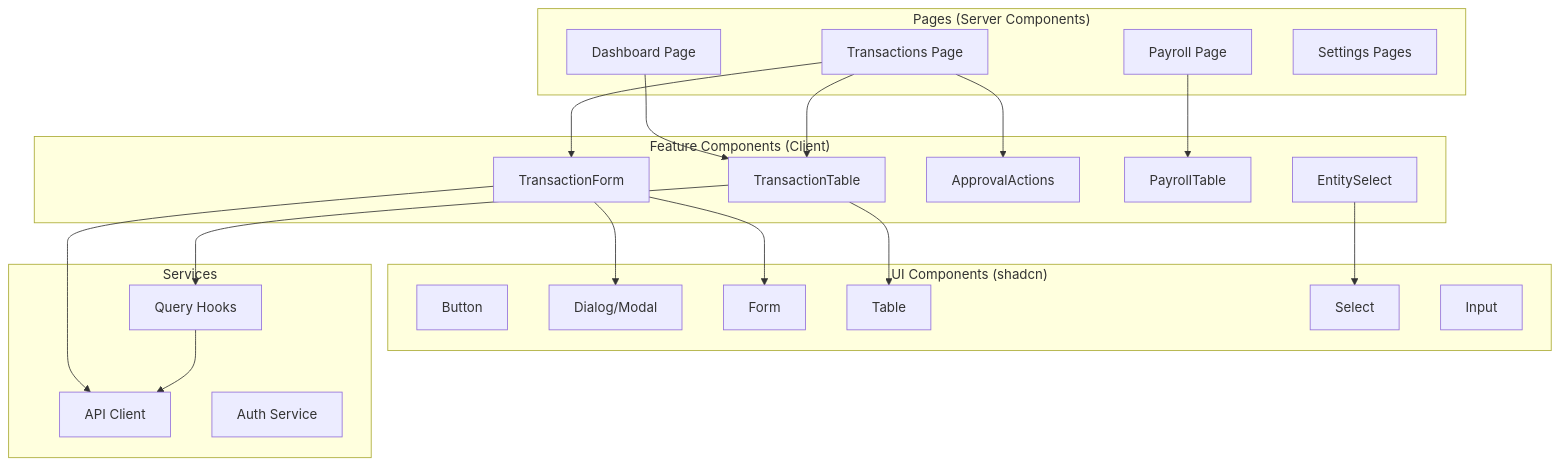
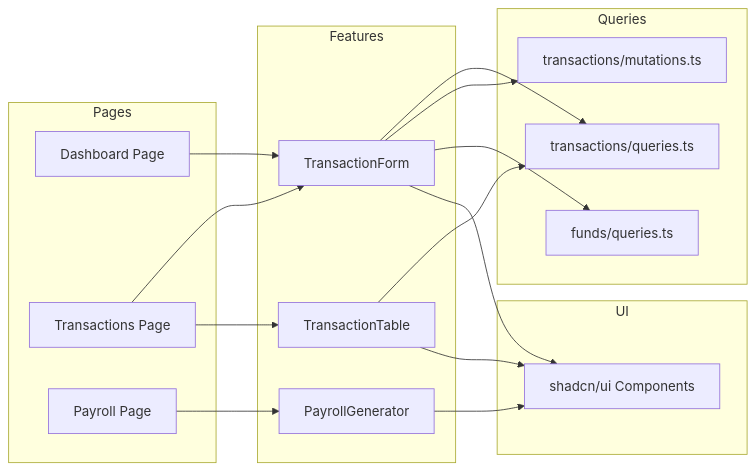
One commit to KhoaTran011604/BMAD-Lite. changed the second of 5 diagrams in docs/architecture.md. Above: the diagram before and after it, drawn with Mermaid. The commit also changed other lines of this file and 47 other files, not shown here.

````diff
--- a/docs/architecture.md
+++ b/docs/architecture.md
@@ -835,47 +572,36 @@
 ```mermaid
-graph TD
-    subgraph "Pages (Server Components)"
-        P1[Dashboard Page]
-        P2[Transactions Page]
-        P3[Payroll Page]
-        P4[Settings Pages]
+graph LR
+    subgraph Pages
+        A[Dashboard Page]
+        B[Transactions Page]
+        C[Payroll Page]
     end
 
-    subgraph "Feature Components (Client)"
-        F1[TransactionTable]
-        F2[TransactionForm]
-        F3[ApprovalActions]
-        F4[PayrollTable]
-        F5[EntitySelect]
+    subgraph Features
+        D[TransactionForm]
+        E[TransactionTable]
+        F[PayrollGenerator]
     end
 
-    subgraph "UI Components (shadcn)"
-        U1[Button]
-        U2[Dialog/Modal]
-        U3[Form]
-        U4[Table]
-        U5[Select]
-        U6[Input]
+    subgraph Queries
+        G[transactions/queries.ts]
+        H[transactions/mutations.ts]
+        I[funds/queries.ts]
     end
 
-    subgraph "Services"
-        S1[API Client]
-        S2[Auth Service]
-        S3[Query Hooks]
+    subgraph UI
+        J[shadcn/ui Components]
     end
 
-    P1 --> F1
-    P2 --> F1
-    P2 --> F2
-    P2 --> F3
-    P3 --> F4
-
-    F1 --> U4
-    F2 --> U2
-    F2 --> U3
-    F5 --> U5
-
-    F1 --> S3
-    F2 --> S1
-    S3 --> S1
+    A --> D
+    B --> D
+    B --> E
+    C --> F
+    D --> G
+    D --> H
+    D --> I
+    E --> G
+    D --> J
+    E --> J
+    F --> J
 ```
````
